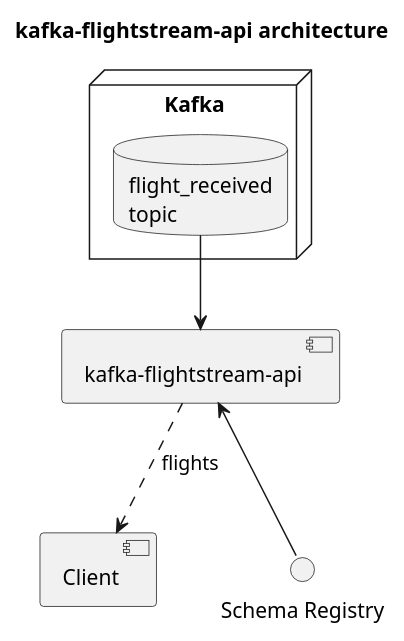
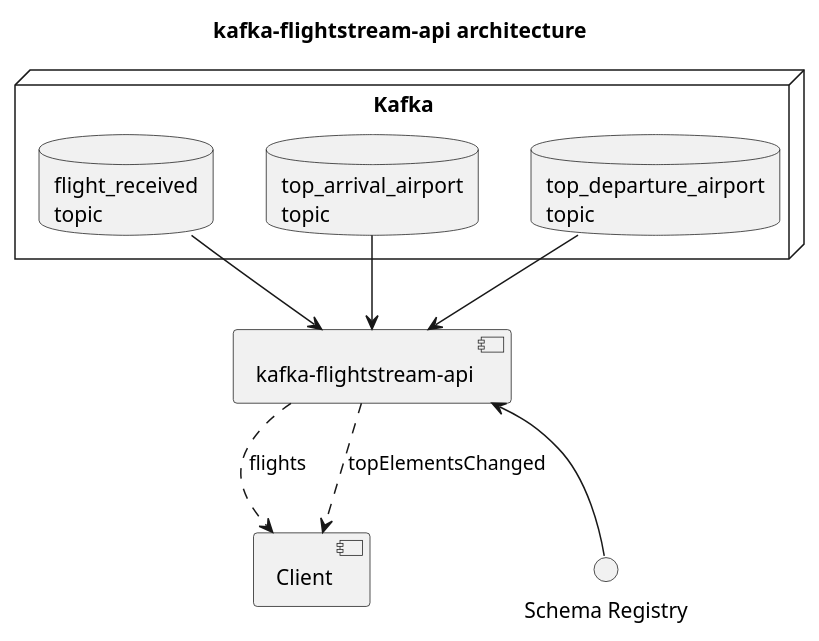
Before and after one commit to bitrockteam/kafka-dvs-api: the diagram in docs/diagram.puml, drawn with PlantUML. The commit also changed 17 other files, not shown here.

Commit message:
added top airport arrival and departure handler

```diff
--- a/docs/diagram.puml
+++ b/docs/diagram.puml
@@ -1,16 +1,21 @@
 @startuml
 title kafka-flightstream-api architecture
 
 [kafka-flightstream-api] as API
 [Client] as client
 
 interface "Schema Registry" as SchemaRegistry
 
 node Kafka {
     database "flight_received\ntopic" as FlightTopic
+    database "top_arrival_airport\ntopic" as ArrivalAirportTopic
+    database "top_departure_airport\ntopic" as DepartureAirportTopic
 }
 
 FlightTopic --> API
+ArrivalAirportTopic --> API
+DepartureAirportTopic --> API
 API <-- SchemaRegistry
 API ..> client : flights
+API ..> client : topElementsChanged
 @enduml
```
